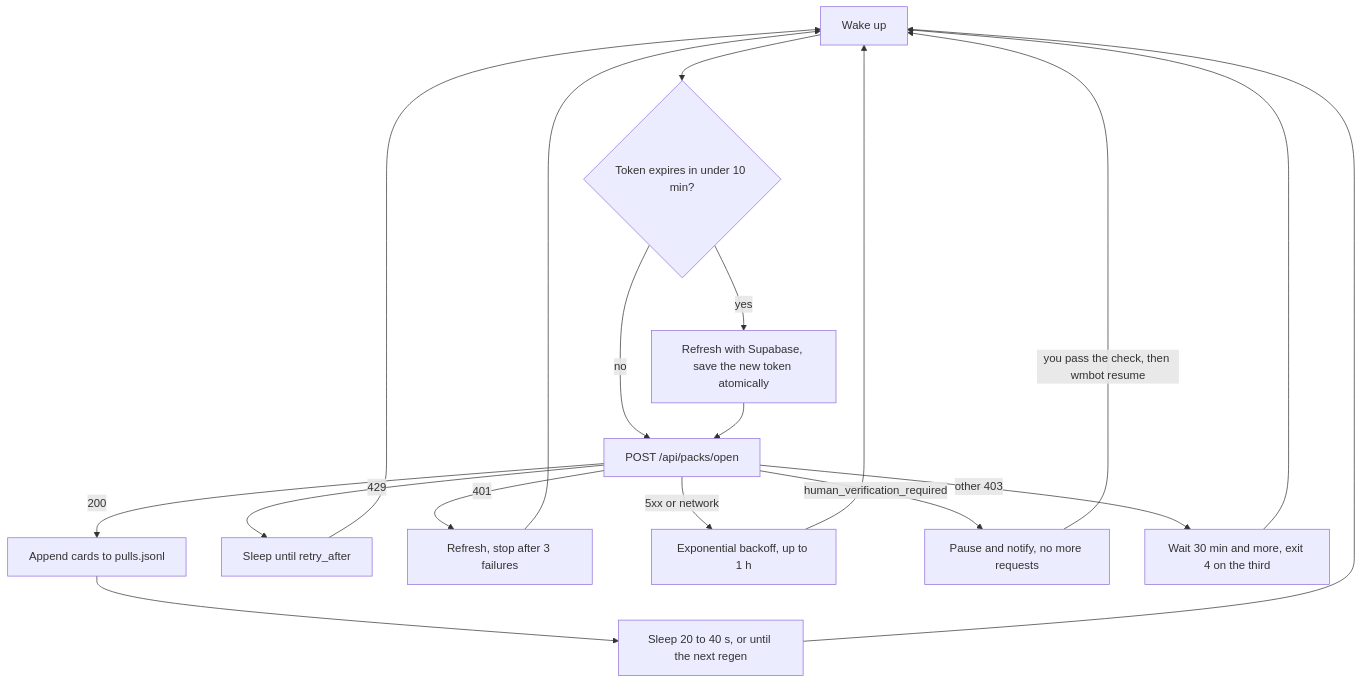
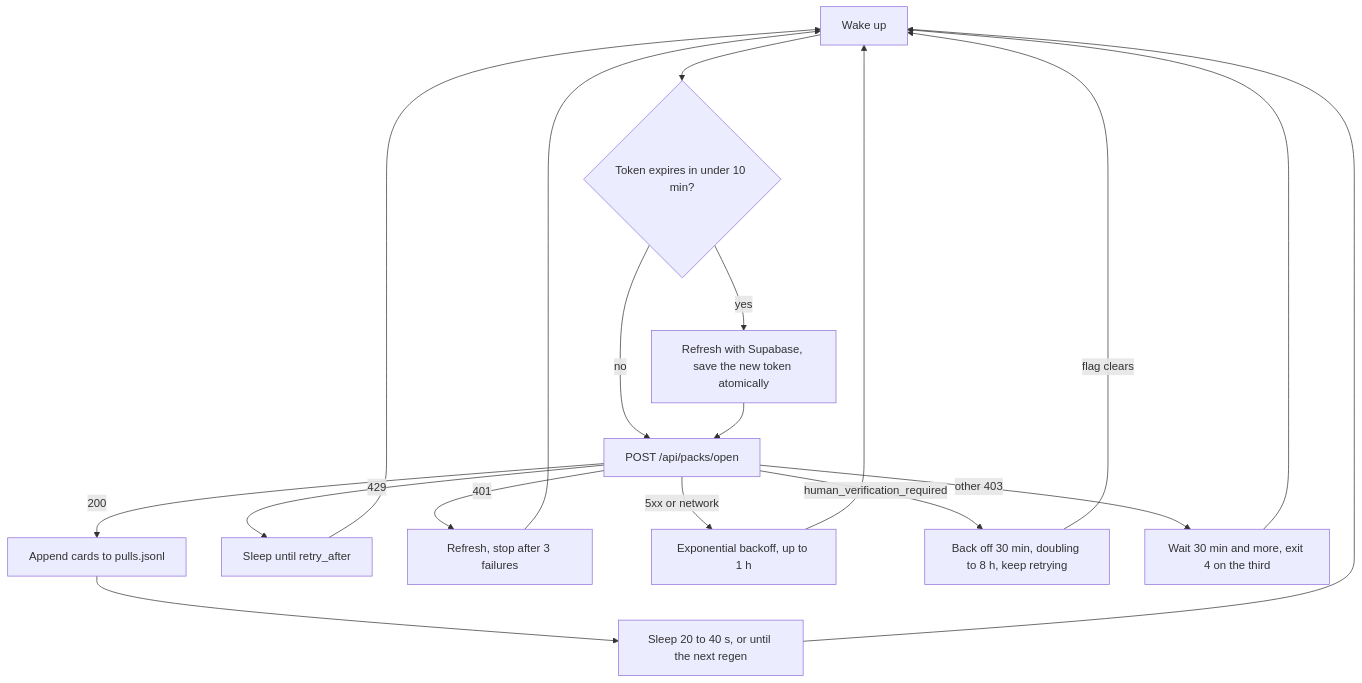
One commit to AirKyzzZ/wikimasters-bot changed the diagram in README.md. Above: the diagram before and after it, drawn with Mermaid. The commit also changed other lines of this file and 14 other files, not shown here.

Commit message:
feat: keep running 24/7 through human verification with growing backoff

````diff
--- a/README.md
+++ b/README.md
@@ -27,20 +27,20 @@
 ```mermaid
 flowchart TD
     A[Wake up] --> B{Token expires in under 10 min?}
     B -- yes --> C[Refresh with Supabase, save the new token atomically]
     B -- no --> D[POST /api/packs/open]
     C --> D
     D -- 200 --> E[Append cards to pulls.jsonl]
     E --> F[Sleep 20 to 40 s, or until the next regen]
     D -- 429 --> G[Sleep until retry_after]
     D -- 401 --> H[Refresh, stop after 3 failures]
     D -- 5xx or network --> I[Exponential backoff, up to 1 h]
-    D -- human_verification_required --> J[Pause and notify, no more requests]
-    J -- you pass the check, then wmbot resume --> A
+    D -- human_verification_required --> J[Back off 30 min, doubling to 8 h, keep retrying]
+    J -- flag clears --> A
     D -- other 403 --> K[Wait 30 min and more, exit 4 on the third]
     F --> A
     G --> A
     H --> A
     I --> A
     K --> A
 ```
````
